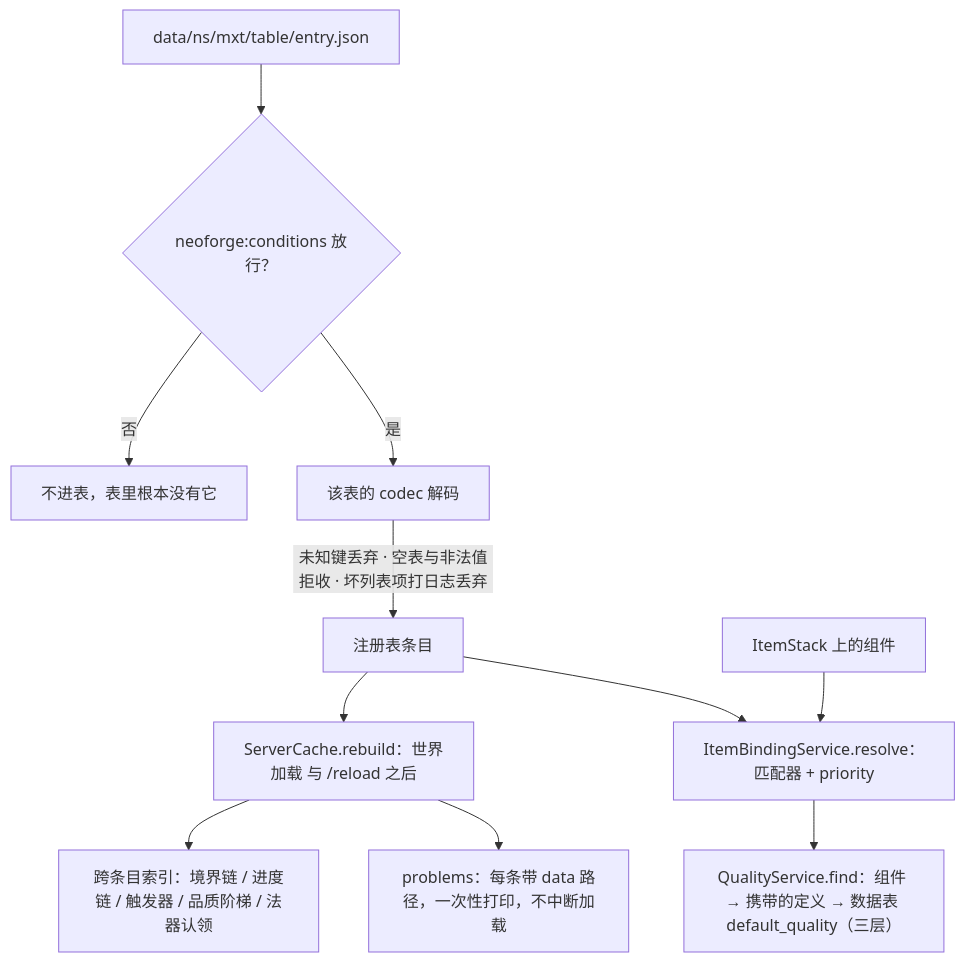
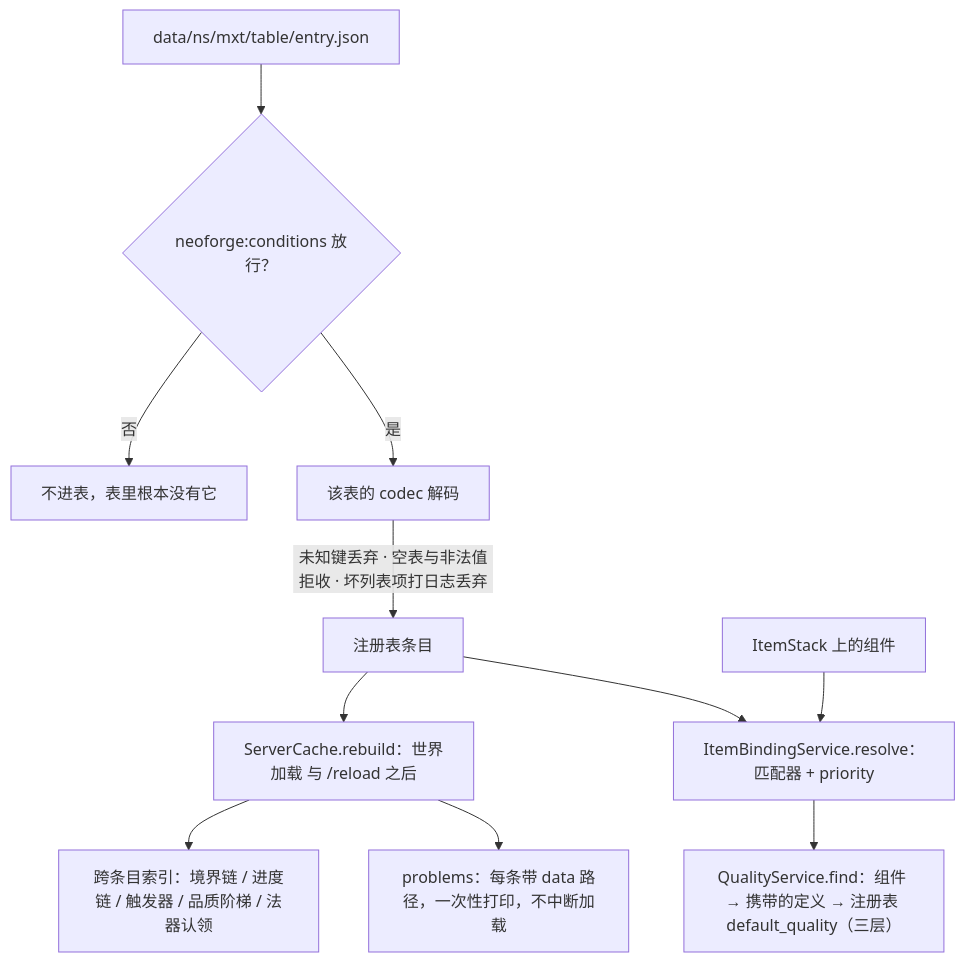
One commit to IAFEnvoy/mxt-docs changed the diagram in docs/technical/data-loading.md. Above: the diagram before and after it, drawn with Mermaid. The commit also changed other lines of this file and 149 other files, not shown here.

````diff
--- a/docs/technical/data-loading.md
+++ b/docs/technical/data-loading.md
@@ -53,13 +53,13 @@
 ```mermaid
 flowchart TD
     A["data/ns/mxt/table/entry.json"] --> B{"neoforge:conditions 放行？"}
     B -->|否| X["不进表，表里根本没有它"]
     B -->|是| C["该表的 codec 解码"]
     C -->|"未知键丢弃 · 空表与非法值拒收 · 坏列表项打日志丢弃"| D["注册表条目"]
     D --> E["ServerCache.rebuild：世界加载 与 /reload 之后"]
     E --> F["跨条目索引：境界链 / 进度链 / 触发器 / 品质阶梯 / 法器认领"]
     E --> G["problems：每条带 data 路径，一次性打印，不中断加载"]
     D --> H["ItemBindingService.resolve：匹配器 + priority"]
     I["ItemStack 上的组件"] --> H
-    H --> J["QualityService.find：组件 → 携带的定义 → 数据表 default_quality（三层）"]
+    H --> J["QualityService.find：组件 → 携带的定义 → 注册表 default_quality（三层）"]
 ```
````
